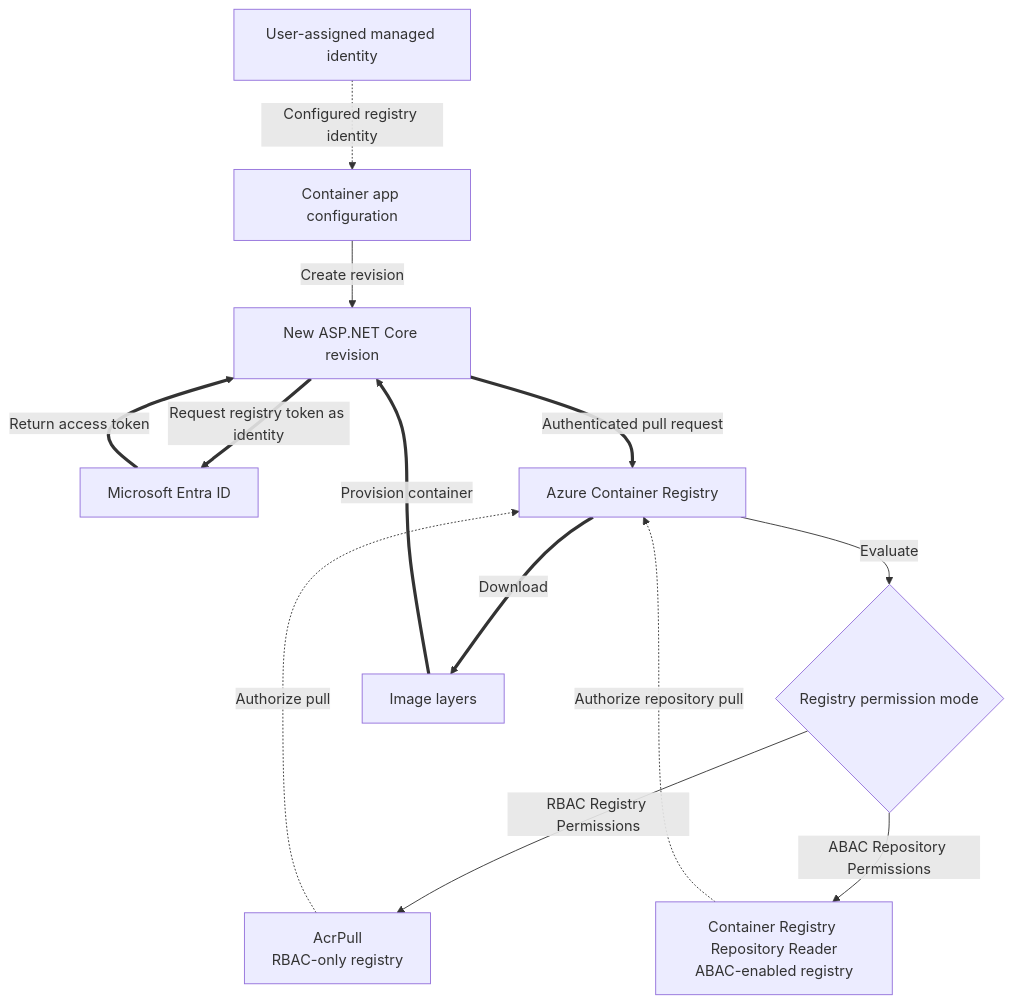
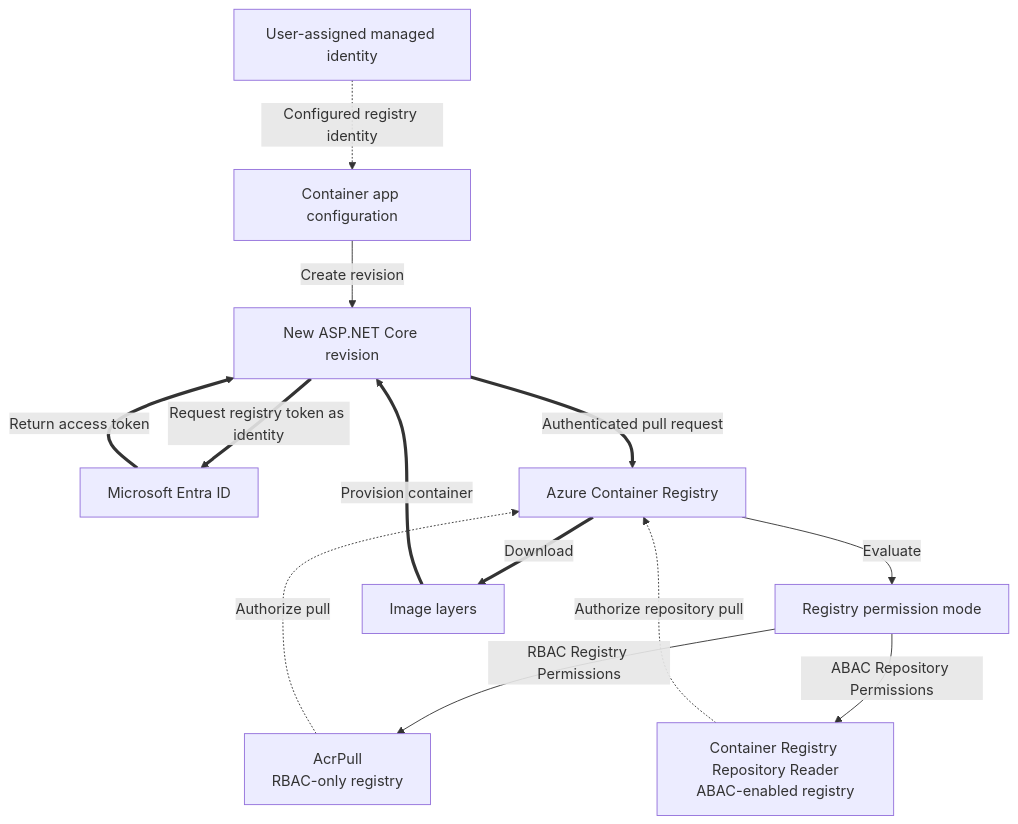
One commit to yeongseon/azure-container-apps-practical-guide changed the diagram in docs/language-guides/dotnet/recipes/container-registry.md. Above: the diagram before and after it, drawn with Mermaid. The commit also changed other lines of this file and 22 other files, not shown here.

````diff
--- a/docs/language-guides/dotnet/recipes/container-registry.md
+++ b/docs/language-guides/dotnet/recipes/container-registry.md
@@ -17,27 +17,27 @@
 ```mermaid
 flowchart TD
     accTitle: Private ACR image pull with a user-assigned managed identity
     accDescr: During revision provisioning, Container Apps selects the configured user-assigned identity, obtains a registry token through Microsoft Entra ID, and asks ACR to authorize the pull with the role appropriate to the registry permission mode before downloading image layers.
     APP[Container app configuration]
     REVISION[New ASP.NET Core revision]
     IDENTITY[User-assigned managed identity]
     ENTRA[Microsoft Entra ID]
     ACR[Azure Container Registry]
-    MODE{Registry permission mode}
+    MODE[Registry permission mode]
     RBAC[AcrPull<br/>RBAC-only registry]
     ABAC[Container Registry Repository Reader<br/>ABAC-enabled registry]
     LAYERS[Image layers]
 
     APP -->|"Create revision"| REVISION
     IDENTITY -.->|"Configured registry identity"| APP
     REVISION ==>|"Request registry token as identity"| ENTRA
     ENTRA ==>|"Return access token"| REVISION
     REVISION ==>|"Authenticated pull request"| ACR
     ACR -->|"Evaluate"| MODE
     MODE -->|"RBAC Registry Permissions"| RBAC
     MODE -->|"ABAC Repository Permissions"| ABAC
     RBAC -.->|"Authorize pull"| ACR
     ABAC -.->|"Authorize repository pull"| ACR
     ACR ==>|"Download"| LAYERS
     LAYERS ==>|"Provision container"| REVISION
 ```
````
